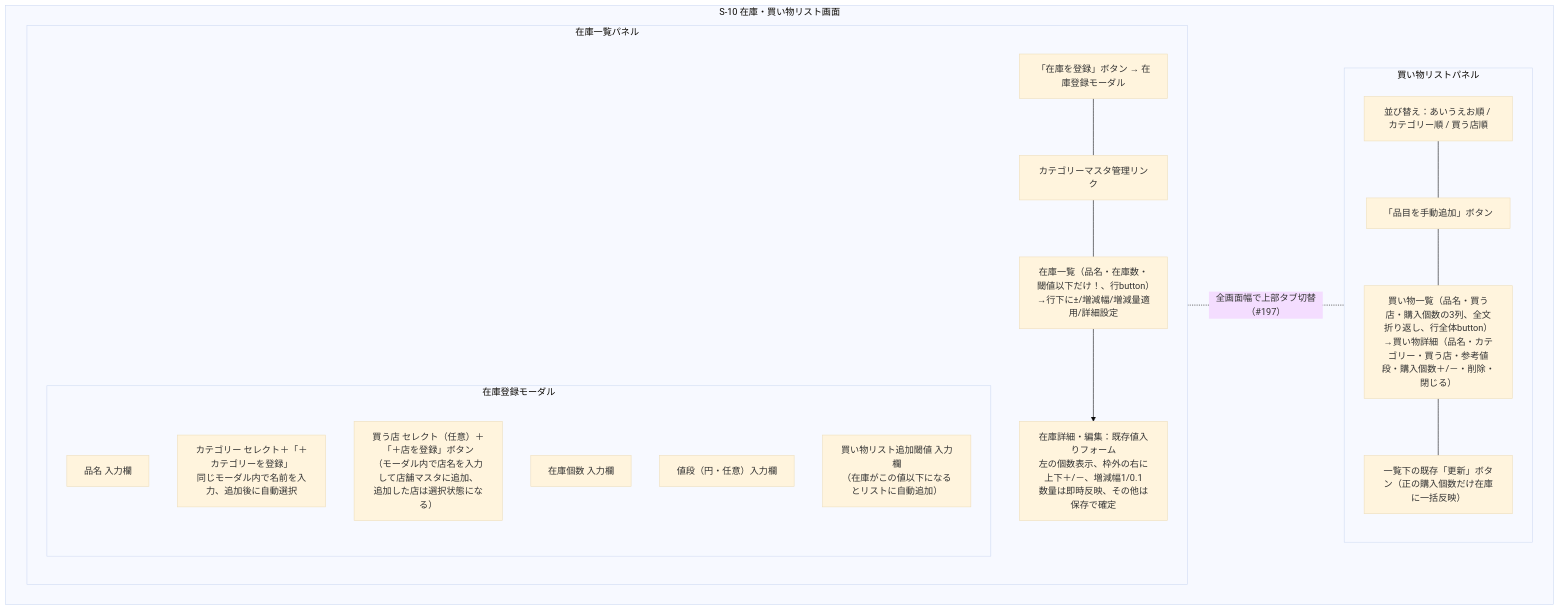
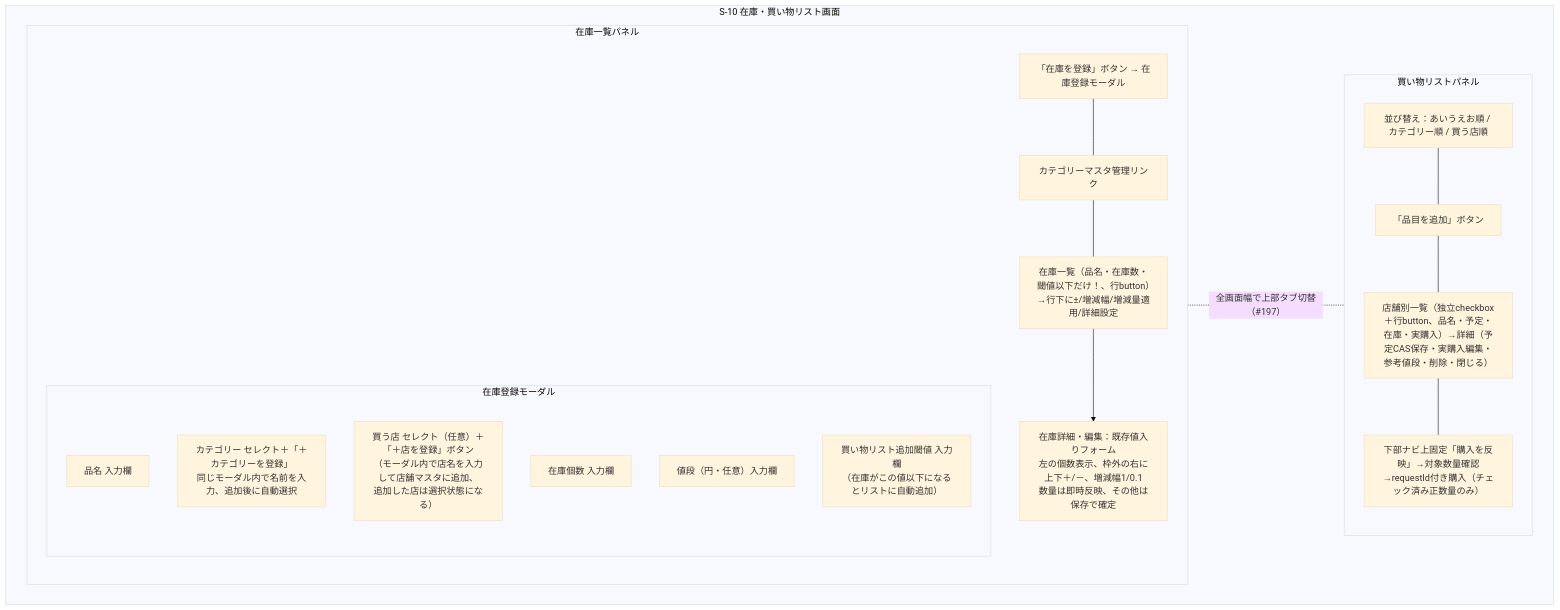
One commit to yamamotonaoki3/HomeLog changed the ninth of 15 diagrams in docs/details/wireframes.md. Above: the diagram before and after it, drawn with Mermaid (base theme). The commit also changed other lines of this file and 31 other files, not shown here.

````diff
--- a/docs/details/wireframes.md
+++ b/docs/details/wireframes.md
@@ -588,33 +590,33 @@
 ```mermaid
 flowchart TD
     subgraph Screen["S-10 在庫・買い物リスト画面"]
         direction LR
         subgraph InventoryPanel["在庫一覧パネル"]
             direction TB
             AddBtn["「在庫を登録」ボタン → 在庫登録モーダル"]
             subgraph InvModal["在庫登録モーダル"]
                 direction TB
                 InvName["品名 入力欄"]
                 InvCategory["カテゴリー セレクト＋「＋カテゴリーを登録」\n同じモーダル内で名前を入力、追加後に自動選択"]
                 InvStore["買う店 セレクト（任意）＋「＋店を登録」ボタン\n（モーダル内で店名を入力して店舗マスタに追加、\n追加した店は選択状態になる）"]
                 InvQty["在庫個数 入力欄"]
                 InvPrice["値段（円・任意）入力欄"]
                 InvThreshold["買い物リスト追加閾値 入力欄\n（在庫がこの値以下になるとリストに自動追加）"]
             end
             MasterLink["カテゴリーマスタ管理リンク"]
             InvList["在庫一覧（品名・在庫数・閾値以下だけ！、行button）→行下に±/増減幅/増減量適用/詳細設定"]
             InvEdit["在庫詳細・編集：既存値入りフォーム\n左の個数表示、枠外の右に上下＋/－、増減幅1/0.1\n数量は即時反映、その他は保存で確定"]
         end
         subgraph ShoppingPanel["買い物リストパネル"]
             direction TB
             Sort["並び替え：あいうえお順 / カテゴリー順 / 買う店順"]
-            ShopAddBtn["「品目を手動追加」ボタン"]
-            ShopList["買い物一覧（品名・買う店・購入個数の3列、全文折り返し、行全体button）→買い物詳細（品名・カテゴリー・買う店・参考値段・購入個数＋/－・削除・閉じる）"]
-            UpdateBtn["一覧下の既存「更新」ボタン（正の購入個数だけ在庫に一括反映）"]
+            ShopAddBtn["「品目を追加」ボタン"]
+            ShopList["店舗別一覧（独立checkbox＋行button、品名・予定・在庫・実購入）→詳細（予定CAS保存・実購入編集・参考値段・削除・閉じる）"]
+            UpdateBtn["下部ナビ上固定「購入を反映」→対象数量確認→requestId付き購入（チェック済み正数量のみ）"]
         end
     end
     AddBtn --- MasterLink --- InvList
     InvList --> InvEdit
     Sort --- ShopAddBtn --- ShopList --- UpdateBtn
     InvList -. "全画面幅で上部タブ切替（#197）" .- ShopList
 ```
````
